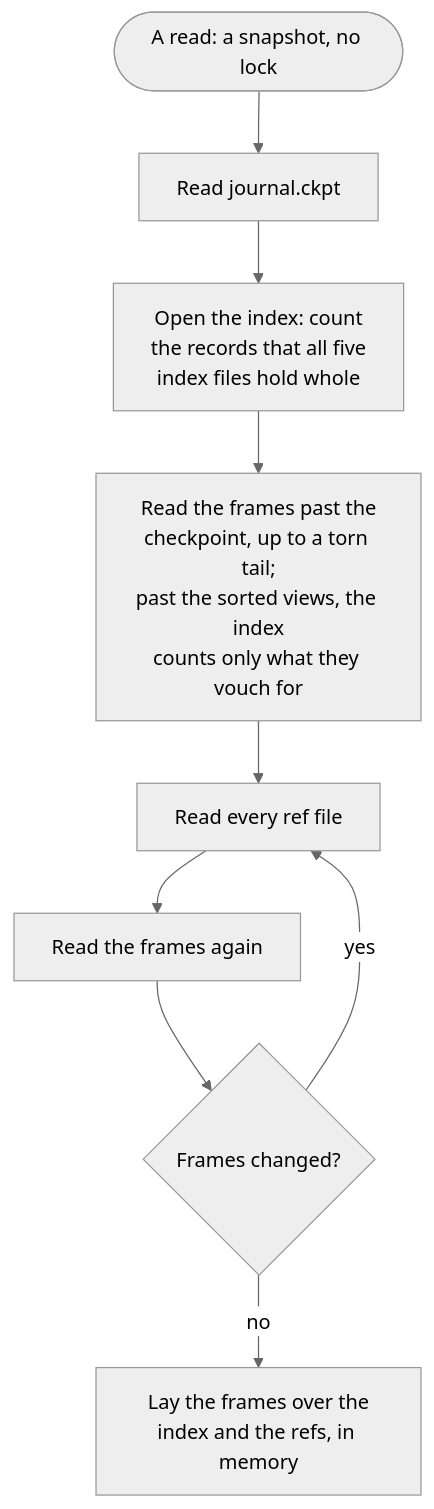
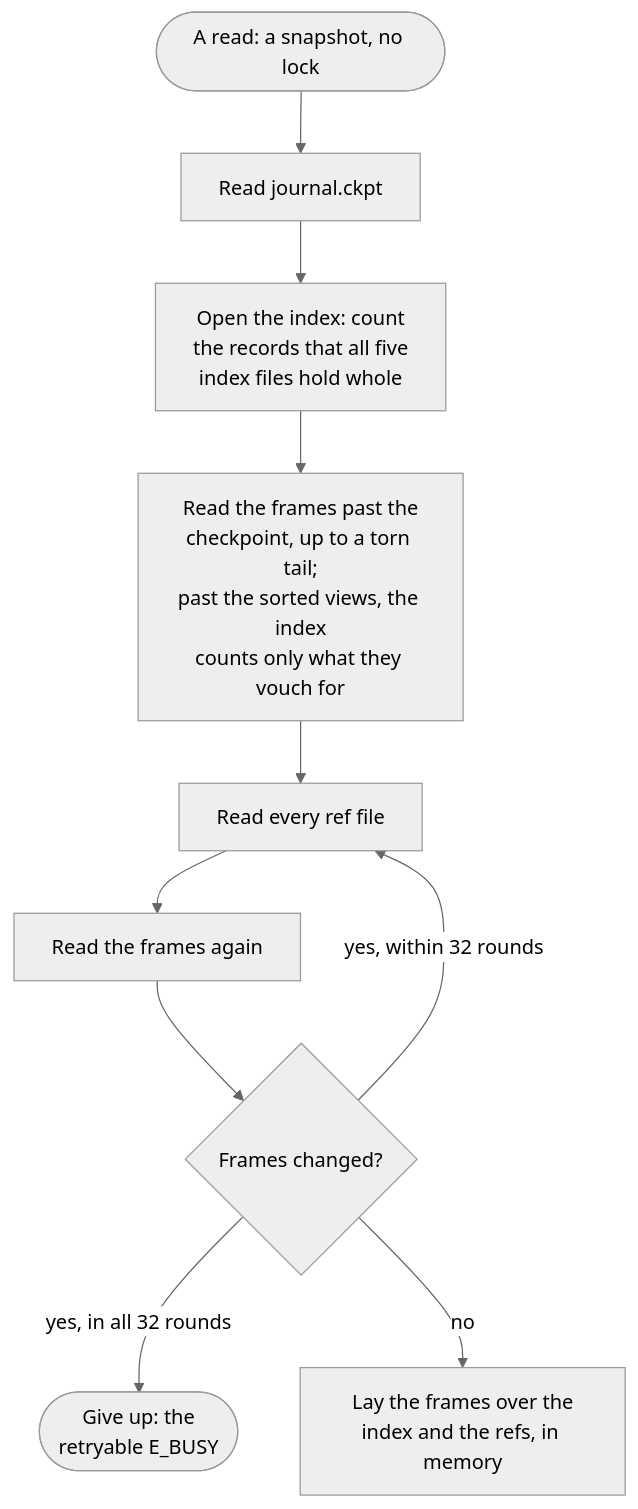
The third of 3 diagrams in docs/architecture.md (KeiaiLab/SwarmOps), drawn with Mermaid (neutral theme) before and after one commit. The commit also changed other lines of this file and 14 other files, not shown here.

````diff
--- a/docs/architecture.md
+++ b/docs/architecture.md
@@ -270,11 +276,12 @@
 ```mermaid
 flowchart TD
   start(["A read: a snapshot, no lock"]) --> ckpt["Read journal.ckpt"]
   ckpt --> index["Open the index: count<br/>the records that all five<br/>index files hold whole"]
   index --> frames["Read the frames past the<br/>checkpoint, up to a torn tail;<br/>past the sorted views, the index<br/>counts only what they vouch for"]
   frames --> refs["Read every ref file"]
   refs --> again["Read the frames again"]
   again --> more{"Frames changed?"}
-  more -- "yes" --> refs
+  more -- "yes, within 32 rounds" --> refs
+  more -- "yes, in all 32 rounds" --> busy(["Give up: the<br/>retryable E_BUSY"])
   more -- "no" --> overlay["Lay the frames over the<br/>index and the refs, in memory"]
 ```
````
